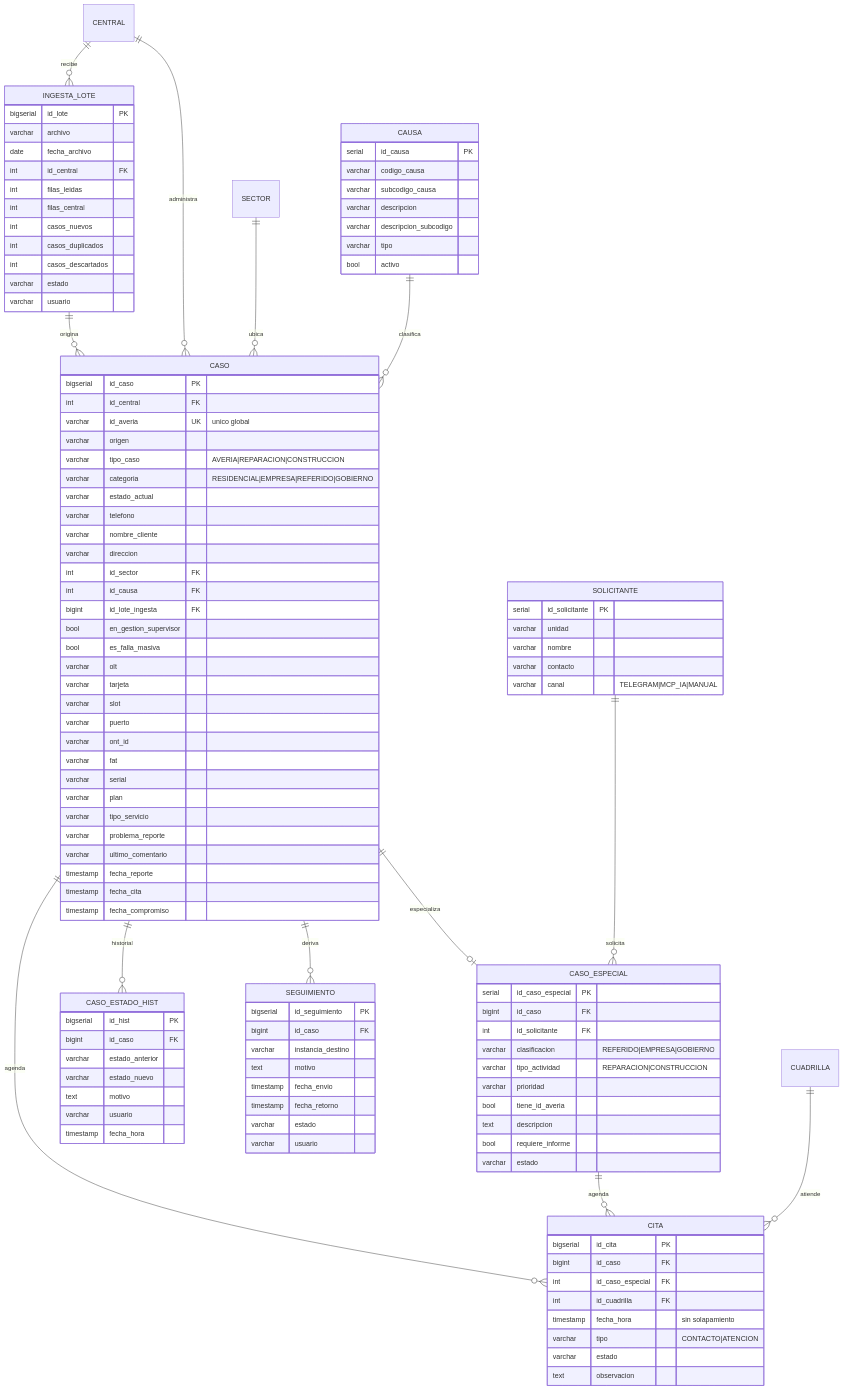
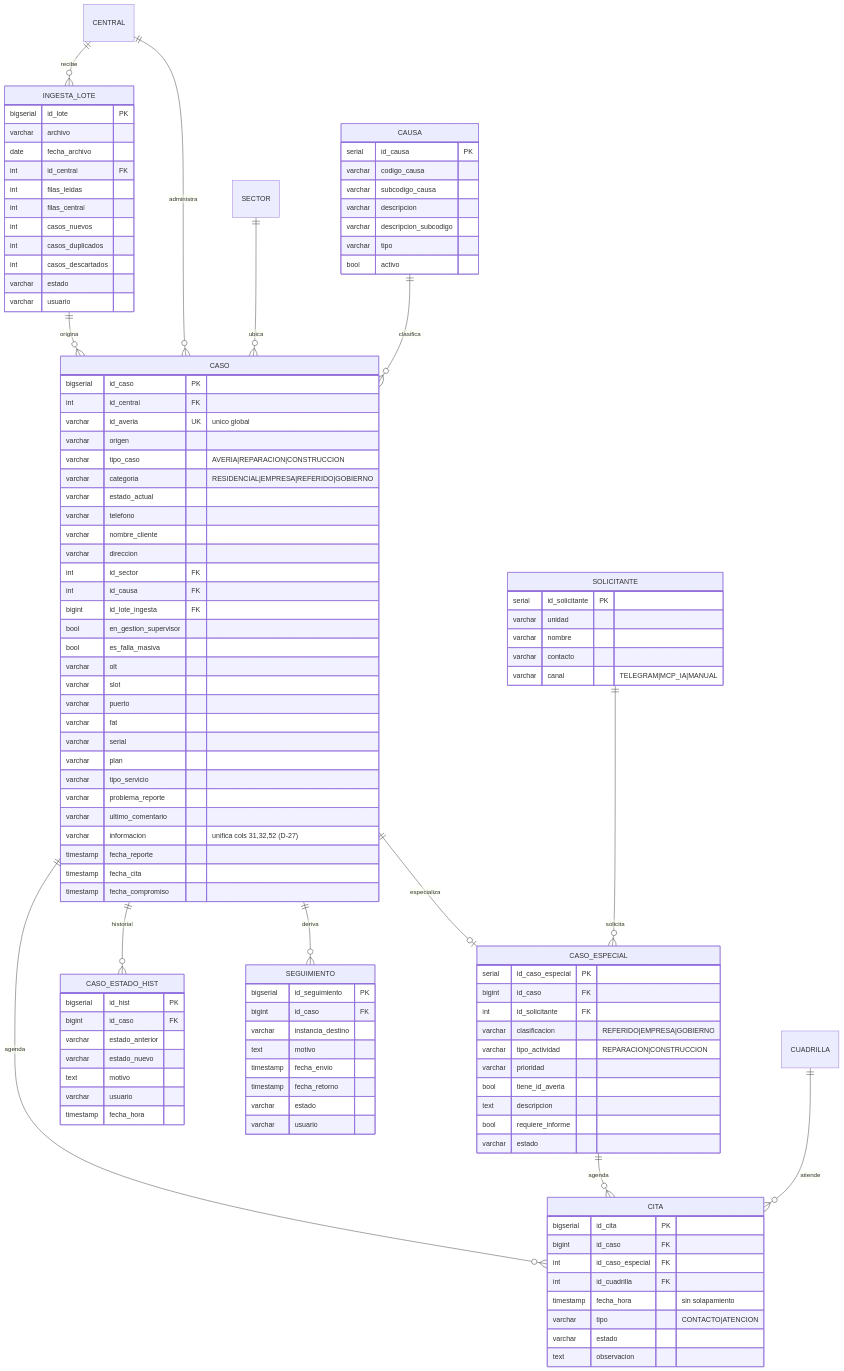
One commit to anlucorporations/GGTO changed the third of 7 diagrams in RepoTecnico/modelo_er.md. Above: the diagram before and after it, drawn with Mermaid. The commit also changed 4 other files, not shown here.

```diff
--- a/RepoTecnico/modelo_er.md
+++ b/RepoTecnico/modelo_er.md
@@ -276,16 +276,15 @@
         bool     en_gestion_supervisor
         bool     es_falla_masiva
         varchar  olt
-        varchar  tarjeta
         varchar  slot
         varchar  puerto
-        varchar  ont_id
         varchar  fat
         varchar  serial
         varchar  plan
         varchar  tipo_servicio
         varchar  problema_reporte
         varchar  ultimo_comentario
+        varchar  informacion "unifica cols 31,32,52 (D-27)"
         timestamp fecha_reporte
         timestamp fecha_cita
         timestamp fecha_compromiso
```
